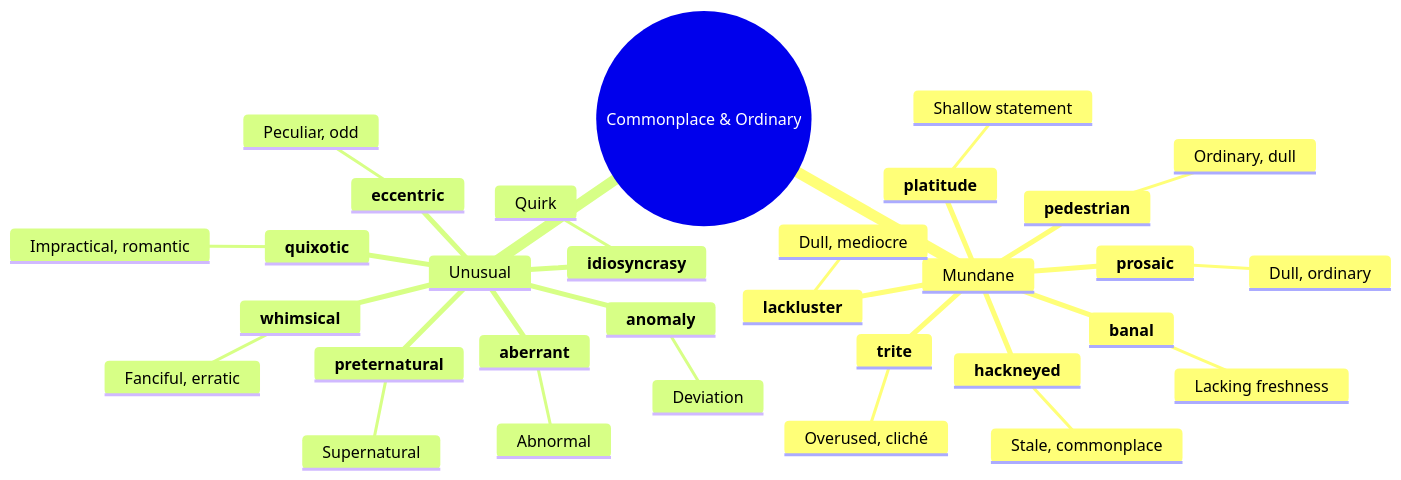
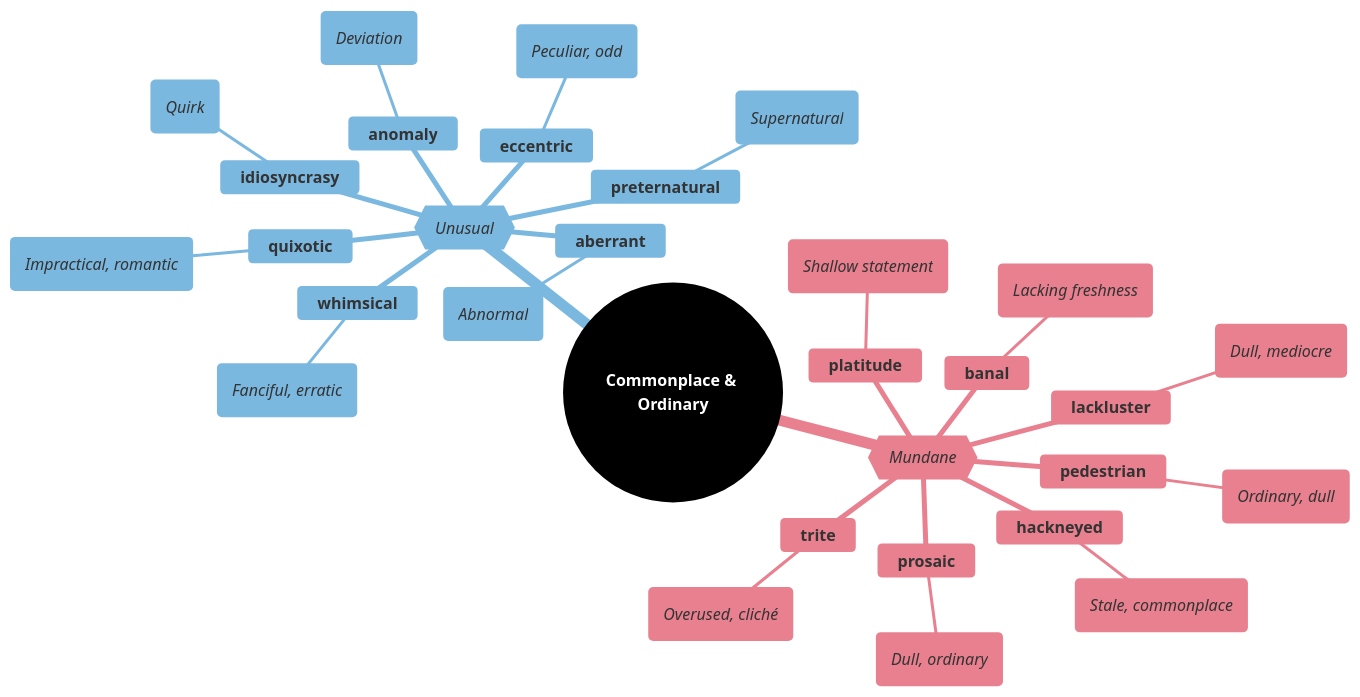
The fourth of 6 diagrams in mindmaps/20-moderation-and-restraint.md (95anantsingh/gre-preparation), drawn with Mermaid before and after one commit. The commit also changed other lines of this file and 14 other files, not shown here.

````diff
--- a/mindmaps/20-moderation-and-restraint.md
+++ b/mindmaps/20-moderation-and-restraint.md
@@ -250,34 +234,53 @@
 ```mermaid
+%%{
+  init: {
+    "theme": "base",
+    "themeVariables": {
+      "primaryColor": "#000000",
+      "cScale1": "#e8808f",  "cScaleInv1": "#a33445",
+      "cScale2": "#7bb8e0",  "cScaleInv2": "#266a93",
+      "cScale3": "#6db993",  "cScaleInv3": "#23543f",
+      "cScale4": "#f5d07a",  "cScaleInv4": "#c4903b",
+      "cScale5": "#b08fcc",  "cScaleInv5": "#5d3b75",
+      "cScale6": "#74dace",  "cScaleInv6": "#217d72",
+      "cScale7": "#f09570",  "cScaleInv7": "#b84112",
+      "cScale8": "#8ea8c2",  "cScaleInv8": "#32465e",
+      "cScale9": "#cc7fba",  "cScaleInv9": "#7d2868",
+      "cScale10": "#c99a78", "cScaleInv10": "#7c4e32",
+      "cScale11": "#a3a3a3", "cScaleInv11": "#3d3d3d"
+    }
+  }
+}%%
 mindmap
-  root((Commonplace & Ordinary))
-    Mundane
+  root((<font color=white>**Commonplace & Ordinary**</font>))
+    {{_Mundane_}}
       **banal**
-        Lacking freshness
+        (_Lacking freshness_)
       **trite**
-        Overused, cliché
+        (_Overused, cliché_)
       **hackneyed**
-        Stale, commonplace
+        (_Stale, commonplace_)
       **platitude**
-        Shallow statement
+        (_Shallow statement_)
       **prosaic**
-        Dull, ordinary
+        (_Dull, ordinary_)
       **pedestrian**
-        Ordinary, dull
+        (_Ordinary, dull_)
       **lackluster**
-        Dull, mediocre
-    Unusual
+        (_Dull, mediocre_)
+    {{_Unusual_}}
       **eccentric**
-        Peculiar, odd
+        (_Peculiar, odd_)
       **whimsical**
-        Fanciful, erratic
+        (_Fanciful, erratic_)
       **quixotic**
-        Impractical, romantic
+        (_Impractical, romantic_)
       **idiosyncrasy**
-        Quirk
+        (_Quirk_)
       **anomaly**
-        Deviation
+        (_Deviation_)
       **aberrant**
-        Abnormal
+        (_Abnormal_)
       **preternatural**
-        Supernatural
+        (_Supernatural_)
 ```
````
